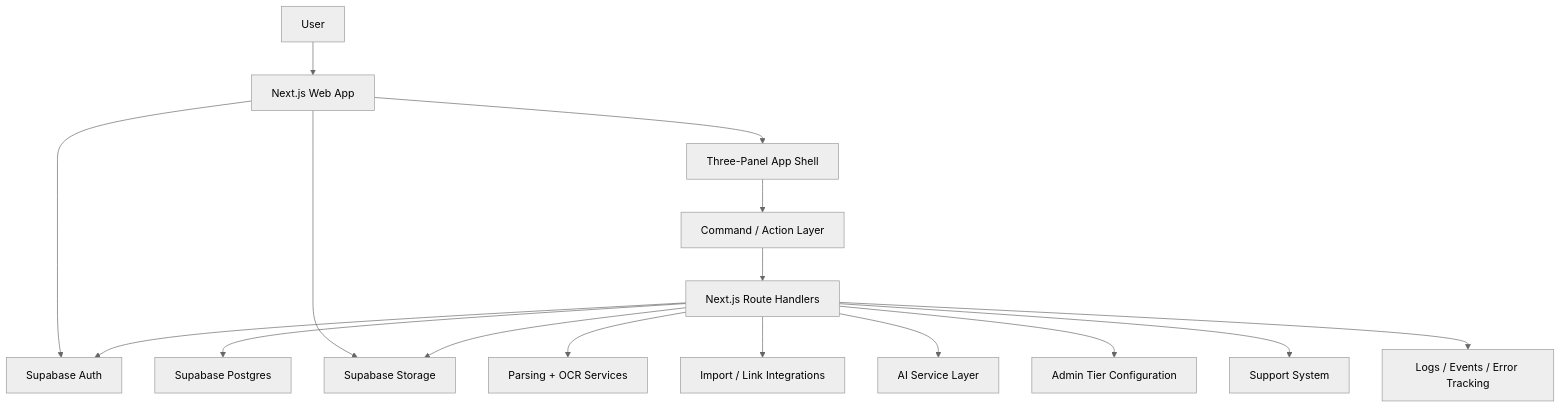
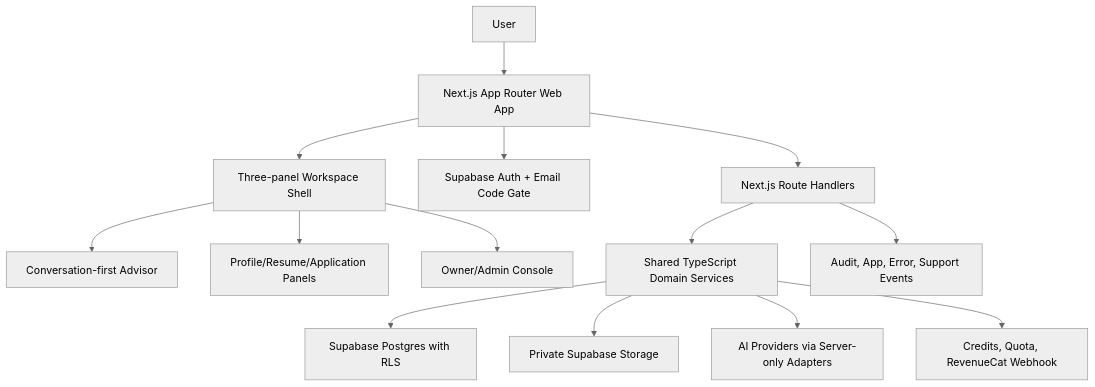
The diagram in ARCHITECTURE.md (ninemush/ResumAI), drawn with Mermaid (neutral theme) before and after one commit. The commit also changed other lines of this file and 17 other files, not shown here.

````diff
--- a/ARCHITECTURE.md
+++ b/ARCHITECTURE.md
@@ -49,33 +25,16 @@
 ```mermaid
 flowchart TD
-  User["User"]
-  Web["Next.js Web App"]
-  Shell["Three-Panel App Shell"]
-  Commands["Command / Action Layer"]
-  API["Next.js Route Handlers"]
-  Auth["Supabase Auth"]
-  DB["Supabase Postgres"]
-  Storage["Supabase Storage"]
-  Parser["Parsing + OCR Services"]
-  Integrations["Import / Link Integrations"]
-  AI["AI Service Layer"]
-  Admin["Admin Tier Configuration"]
-  Support["Support System"]
-  Observability["Logs / Events / Error Tracking"]
-
-  User --> Web
-  Web --> Shell
-  Web --> Auth
-  Web --> Storage
-  Shell --> Commands
-  Commands --> API
-  API --> Auth
-  API --> DB
-  API --> Storage
-  API --> Parser
-  API --> Integrations
-  API --> AI
-  API --> Admin
-  API --> Support
-  API --> Observability
+  User["User"] --> Web["Next.js App Router Web App"]
+  Web --> Shell["Three-panel Workspace Shell"]
+  Shell --> Conversation["Conversation-first Advisor"]
+  Shell --> Profile["Profile/Resume/Application Panels"]
+  Shell --> Owner["Owner/Admin Console"]
+  Web --> Auth["Supabase Auth + Email Code Gate"]
+  Web --> API["Next.js Route Handlers"]
+  API --> Services["Shared TypeScript Domain Services"]
+  Services --> DB["Supabase Postgres with RLS"]
+  Services --> Storage["Private Supabase Storage"]
+  Services --> AI["AI Providers via Server-only Adapters"]
+  Services --> Billing["Credits, Quota, RevenueCat Webhook"]
+  API --> Observability["Audit, App, Error, Support Events"]
 ```
````
